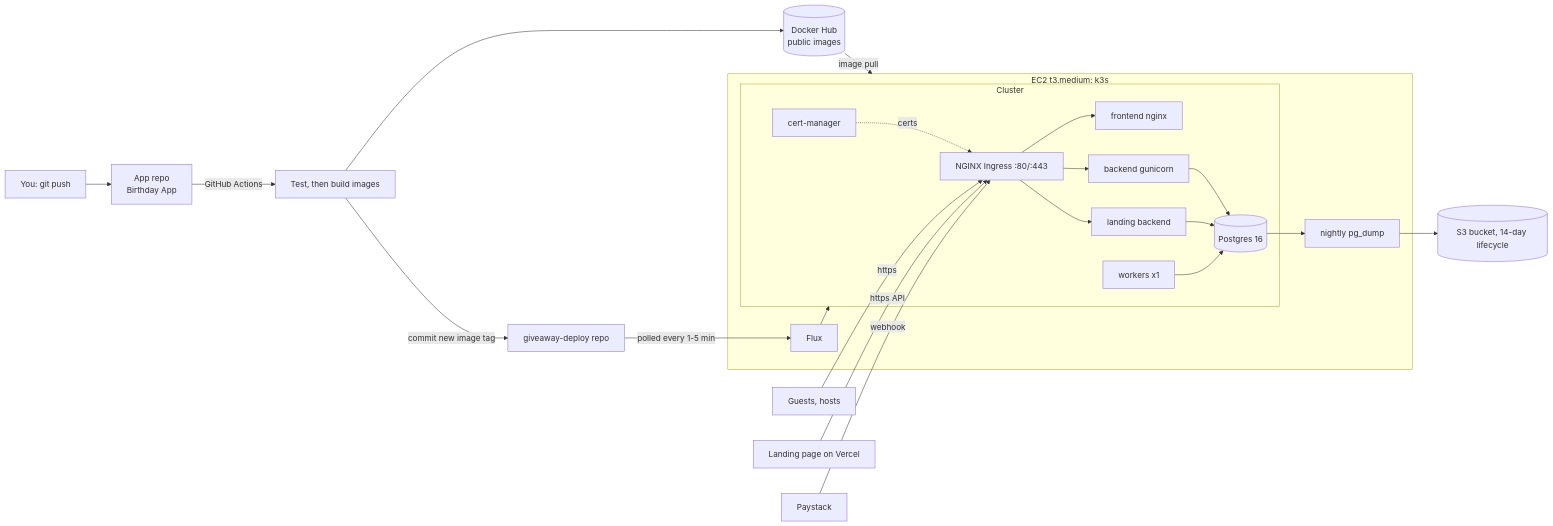
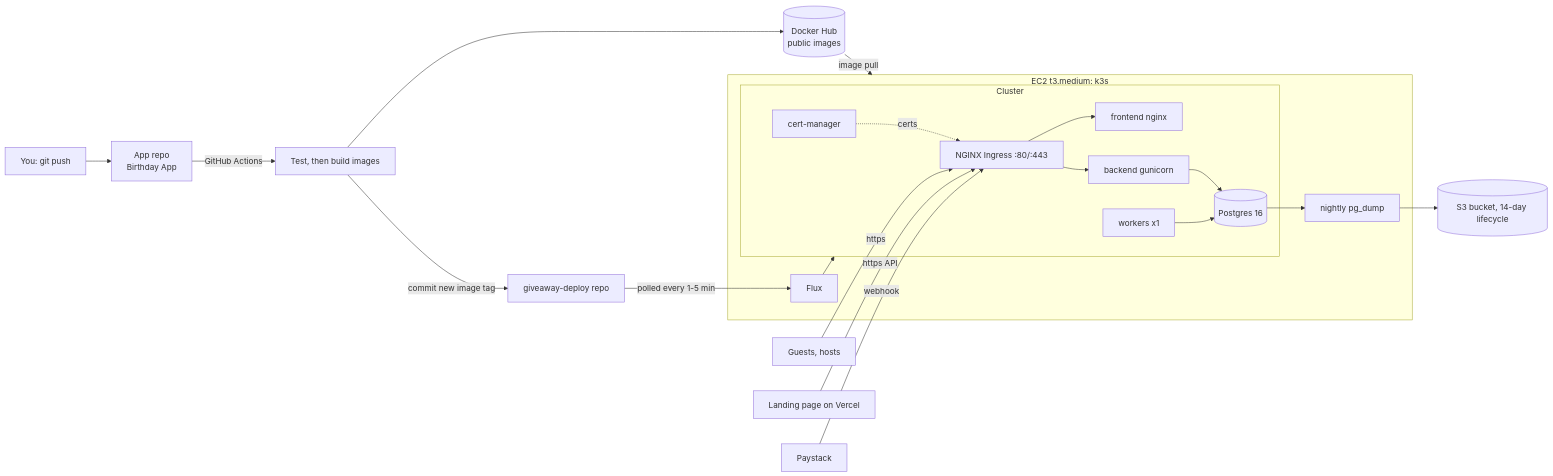
The diagram in docs/ARCHITECTURE.md (Haze-me/giveaway-deploy), drawn with Mermaid before and after one commit. The commit also changed other lines of this file and 26 other files, not shown here.

First line of the commit message:
Serve the landing API from the giveaway backend and retire the landing service

````diff
--- a/docs/ARCHITECTURE.md
+++ b/docs/ARCHITECTURE.md
@@ -14,26 +14,24 @@
 ```mermaid
 flowchart LR
   dev[You: git push] --> app[App repo<br/>Birthday App]
   app -->|GitHub Actions| ci[Test, then build images]
   ci --> hub[(Docker Hub<br/>public images)]
   ci -->|commit new image tag| dep[giveaway-deploy repo]
   subgraph EC2[EC2 t3.medium: k3s]
     flux[Flux] --> apps
     subgraph apps[Cluster]
       nginx[NGINX Ingress :80/:443] --> fe[frontend nginx]
       nginx --> be[backend gunicorn]
-      nginx --> lbe[landing backend]
       wk[workers x1] --> pg
       be --> pg[(Postgres 16)]
-      lbe --> pg
       cm[cert-manager] -.certs.-> nginx
     end
     pg --> bk[nightly pg_dump]
   end
   dep -->|polled every 1-5 min| flux
   hub -->|image pull| EC2
   bk --> s3[(S3 bucket, 14-day lifecycle)]
   users[Guests, hosts] -->|https| nginx
   vercel[Landing page on Vercel] -->|https API| nginx
   paystack[Paystack] -->|webhook| nginx
 ```
````
